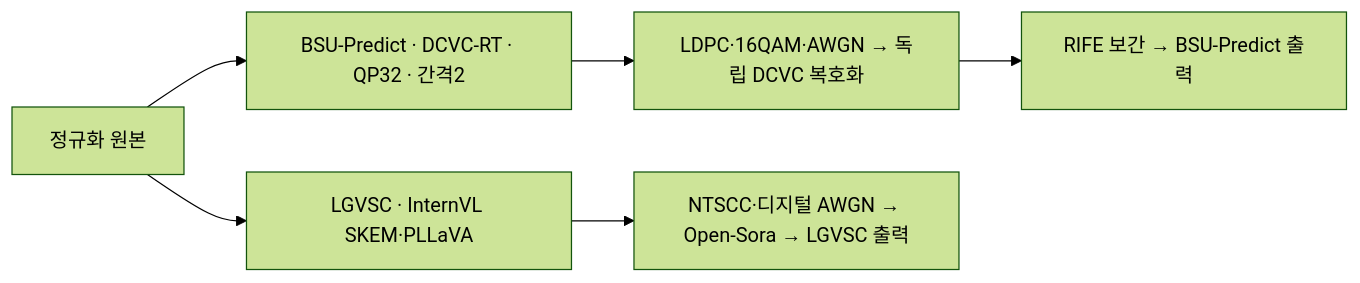
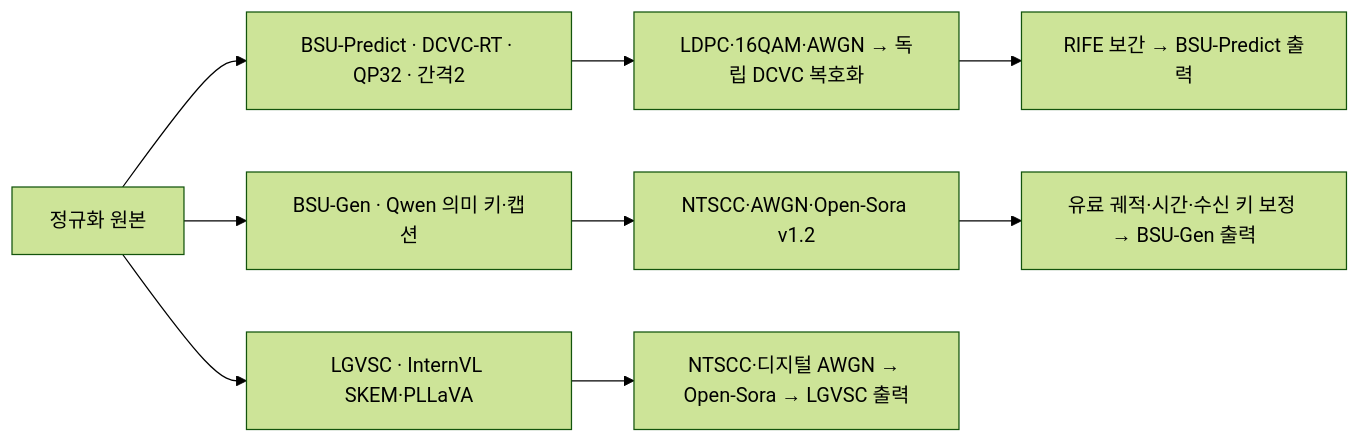
The first of 9 diagrams in docs/MODEL_ARCHITECTURE.md (SangukBae/semantic_transmission), drawn with Mermaid (forest theme) before and after one commit. The commit also changed other lines of this file and 13 other files, not shown here.

Commit message:
feat(bsu-gen): add standalone generative model and runner

````diff
--- a/docs/MODEL_ARCHITECTURE.md
+++ b/docs/MODEL_ARCHITECTURE.md
@@ -35,8 +46,11 @@
 ```mermaid
 flowchart LR
     V[정규화 원본] --> C[BSU-Predict · DCVC-RT · QP32 · 간격2]
     C --> P[LDPC·16QAM·AWGN → 독립 DCVC 복호화]
     P --> I[RIFE 보간 → BSU-Predict 출력]
+    V --> G[BSU-Gen · Qwen 의미 키·캡션]
+    G --> N[NTSCC·AWGN·Open-Sora v1.2]
+    N --> R[유료 궤적·시간·수신 키 보정 → BSU-Gen 출력]
     V --> L[LGVSC · InternVL SKEM·PLLaVA]
     L --> T[NTSCC·디지털 AWGN → Open-Sora → LGVSC 출력]
 ```
````
